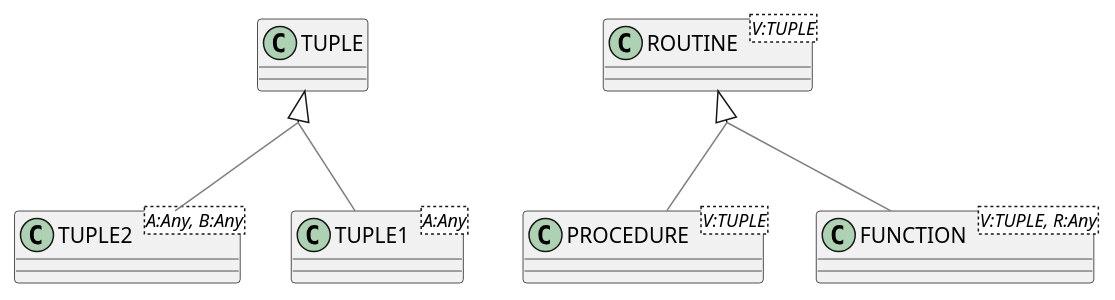
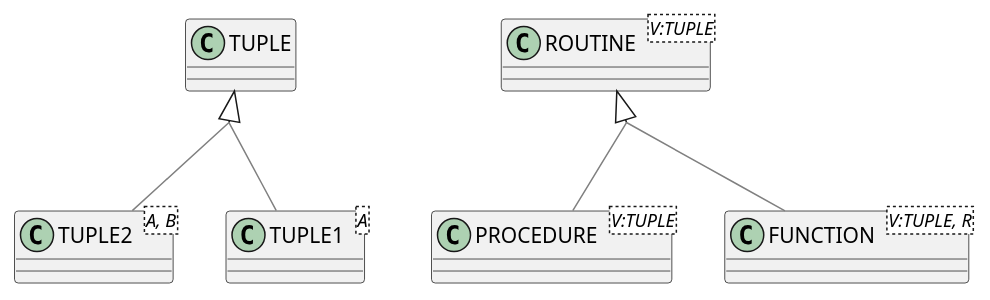
Before and after one commit to wolandscat/openehr-doc: the diagram in modules/ROOT/examples/bmm/representation/builtin_types/functional/functional-package-uml.adoc, drawn with PlantUML. The commit also changed 120 other files, not shown here.

```diff
--- a/modules/ROOT/examples/bmm/representation/builtin_types/functional/functional-package-uml.adoc
+++ b/modules/ROOT/examples/bmm/representation/builtin_types/functional/functional-package-uml.adoc
@@ -3,37 +3,37 @@
 [plantuml,opts=interactive,link=self]
 ....
 skinparam groupInheritance 2
 skinparam citedClassColor #FDFDFD
 
 
 class PROCEDURE<V:TUPLE> [[/openehr-doc/latest/representation/builtin_types-gen.html#_class_procedure]] {
 }
 
 PROCEDURE -[#gray]up-|> ROUTINE
 
 
 class ROUTINE<V:TUPLE> [[/openehr-doc/latest/representation/builtin_types-gen.html#_class_routine]] {
 }
 
 class TUPLE [[/openehr-doc/latest/representation/builtin_types-gen.html#_class_tuple]] {
 }
 
-class FUNCTION<V:TUPLE, R:Any> [[/openehr-doc/latest/representation/builtin_types-gen.html#_class_function]] {
+class FUNCTION<V:TUPLE, R> [[/openehr-doc/latest/representation/builtin_types-gen.html#_class_function]] {
 }
 
 FUNCTION -[#gray]up-|> ROUTINE
 
 
-class TUPLE2<A:Any, B:Any> [[/openehr-doc/latest/representation/builtin_types-gen.html#_class_tuple2]] {
+class TUPLE2<A, B> [[/openehr-doc/latest/representation/builtin_types-gen.html#_class_tuple2]] {
 }
 
 TUPLE2 -[#gray]up-|> TUPLE
 
 
-class TUPLE1<A:Any> [[/openehr-doc/latest/representation/builtin_types-gen.html#_class_tuple1]] {
+class TUPLE1<A> [[/openehr-doc/latest/representation/builtin_types-gen.html#_class_tuple1]] {
 }
 
 TUPLE1 -[#gray]up-|> TUPLE
 
 
 ....
```
